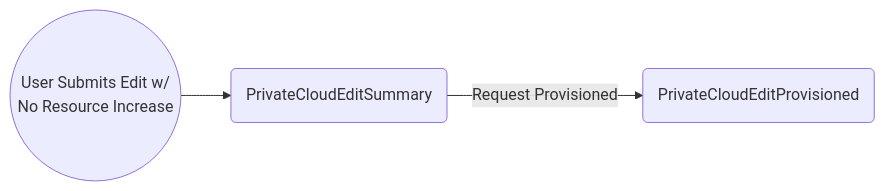
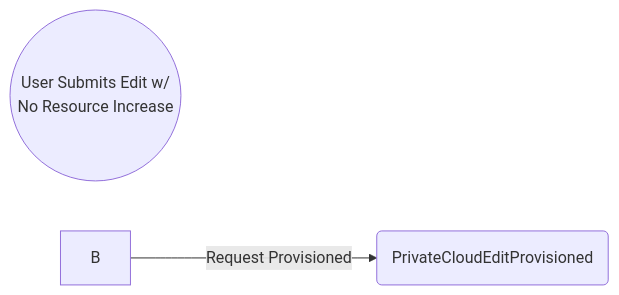
The third of 5 diagrams in docs/email-scenarios-private-cloud.md (bcgov/platform-services-registry), drawn with Mermaid before and after one commit. The commit also changed other lines of this file, not shown here.

````diff
--- a/docs/email-scenarios-private-cloud.md
+++ b/docs/email-scenarios-private-cloud.md
@@ -106,5 +103,5 @@
 ```mermaid
 flowchart LR
-    A((User Submits Edit w/ <br> No Resource Increase)) --> B(PrivateCloudEditSummary)
+    A((User Submits Edit w/ <br> No Resource Increase))
     B -->|Request Provisioned| C(PrivateCloudEditProvisioned)
 ```
````
